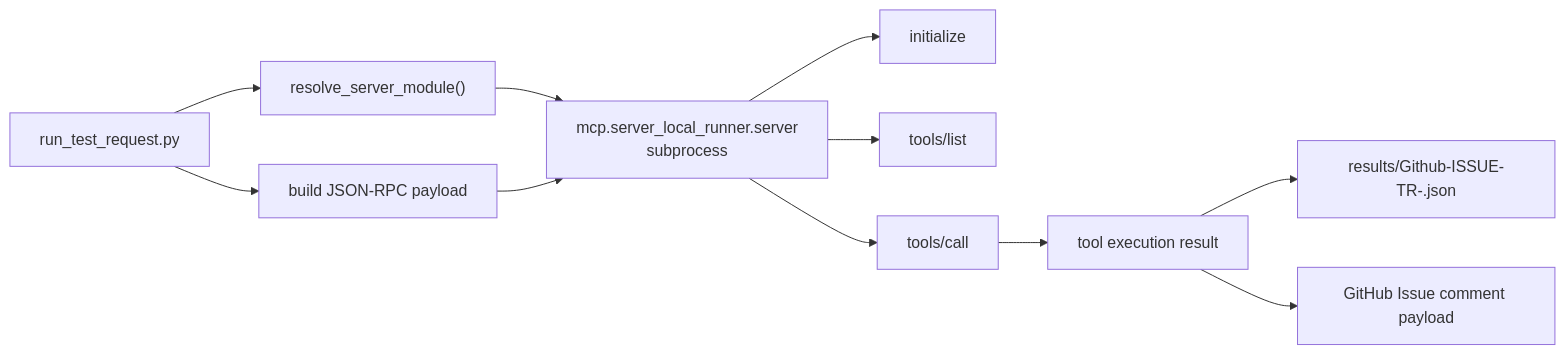
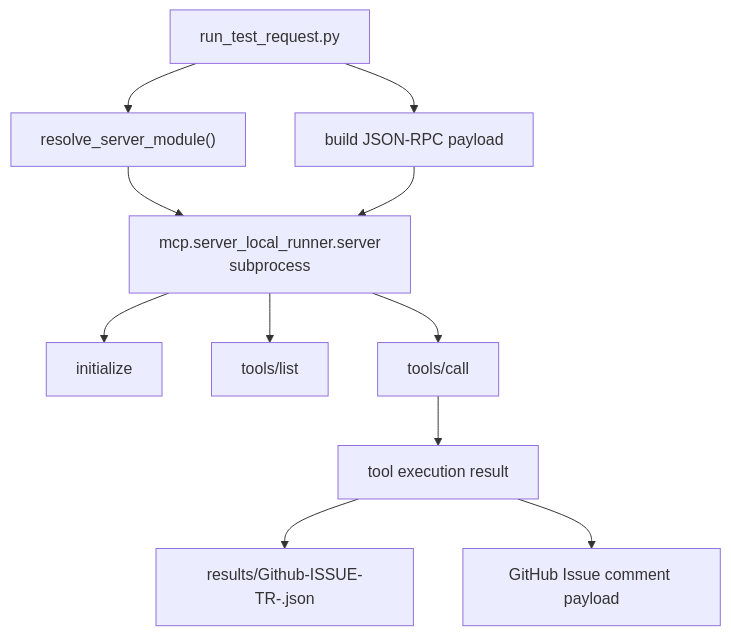
One commit to JeonghunLee/local-ai-agent-mcp changed the fourth of 4 diagrams in docs/mcp/mcp_server_local.md. Above: the diagram before and after it, drawn with Mermaid. The commit also changed other lines of this file and 1 other file, not shown here.

````diff
--- a/docs/mcp/mcp_server_local.md
+++ b/docs/mcp/mcp_server_local.md
@@ -269,13 +345,13 @@
 ```mermaid
-flowchart LR
+flowchart TD
     A["run_test_request.py"] --> B["resolve_server_module()"]
     B --> C["mcp.server_local_runner.server<br/>subprocess"]
     A --> D["build JSON-RPC payload"]
     D --> C
     C --> E["initialize"]
     C --> F["tools/list"]
     C --> G["tools/call"]
     G --> H["tool execution result"]
     H --> I["results/Github-ISSUE-TR-<issue_number>.json"]
     H --> J["GitHub Issue comment payload"]
 ```
````
